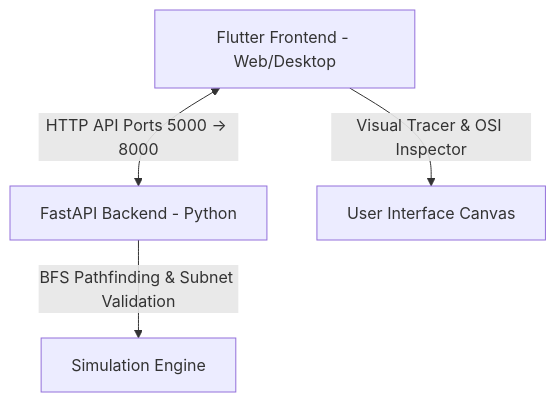
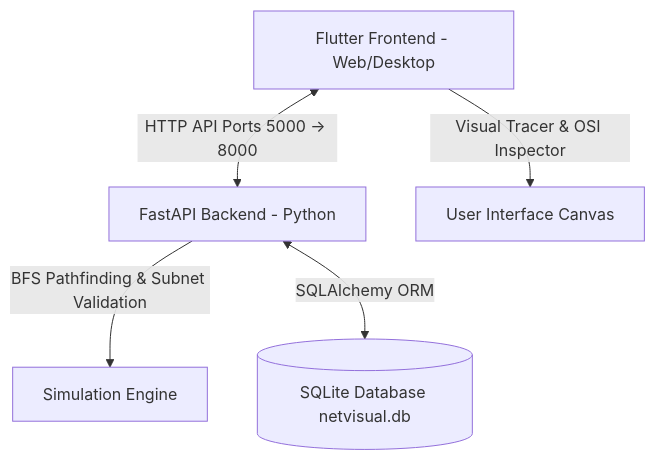
One commit to Mandira29/LearningSimulator changed the diagram in README.md. Above: the diagram before and after it, drawn with Mermaid. The commit also changed other lines of this file and 40 other files, not shown here.

````diff
--- a/README.md
+++ b/README.md
@@ -22,6 +24,7 @@
 ```mermaid
 graph TD
     A[Flutter Frontend - Web/Desktop] <-->|HTTP API Ports 5000 -> 8000| B[FastAPI Backend - Python]
     A -->|Visual Tracer & OSI Inspector| C[User Interface Canvas]
     B -->|BFS Pathfinding & Subnet Validation| D[Simulation Engine]
+    B <-->|SQLAlchemy ORM| E[(SQLite Database netvisual.db)]
 ```
````
